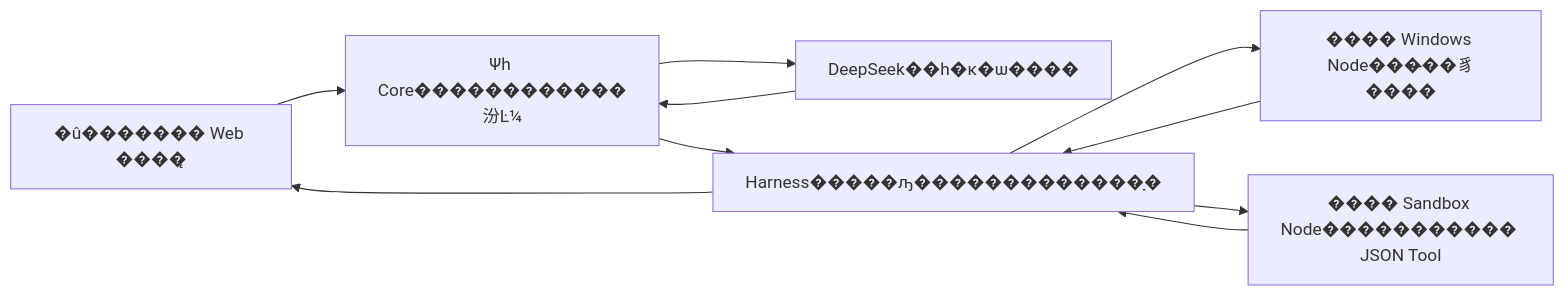
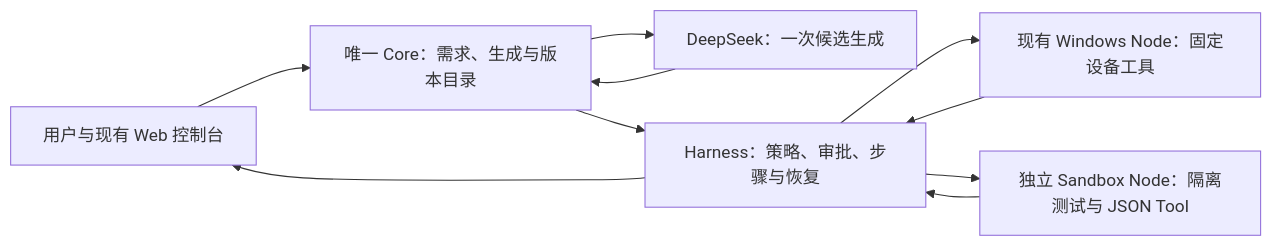
The third of 3 diagrams in docs/ARCHITECTURE.md (jxt159753/nexus), drawn with Mermaid before and after one commit. The commit also changed other lines of this file and 17 other files, not shown here.

````diff
--- a/docs/ARCHITECTURE.md
+++ b/docs/ARCHITECTURE.md
@@ -549,12 +549,12 @@
 ```mermaid
 flowchart LR
-    U[�û������� Web ����̨] --> C[Ψһ Core������������汾Ŀ¼]
-    C --> M[DeepSeek��һ�κ�ѡ����]
+    U[用户与现有 Web 控制台] --> C[唯一 Core：需求、生成与版本目录]
+    C --> M[DeepSeek：一次候选生成]
     M --> C
-    C --> H[Harness�����ԡ�������������ָ�]
-    H --> W[���� Windows Node���̶��豸����]
-    H --> S[���� Sandbox Node����������� JSON Tool]
+    C --> H[Harness：策略、审批、步骤与恢复]
+    H --> W[现有 Windows Node：固定设备工具]
+    H --> S[独立 Sandbox Node：隔离测试与 JSON Tool]
     W --> H
     S --> H
     H --> U
 ```
````
